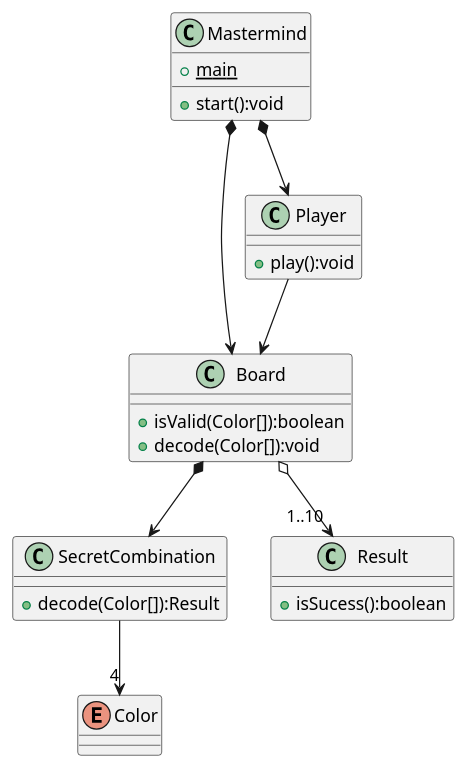
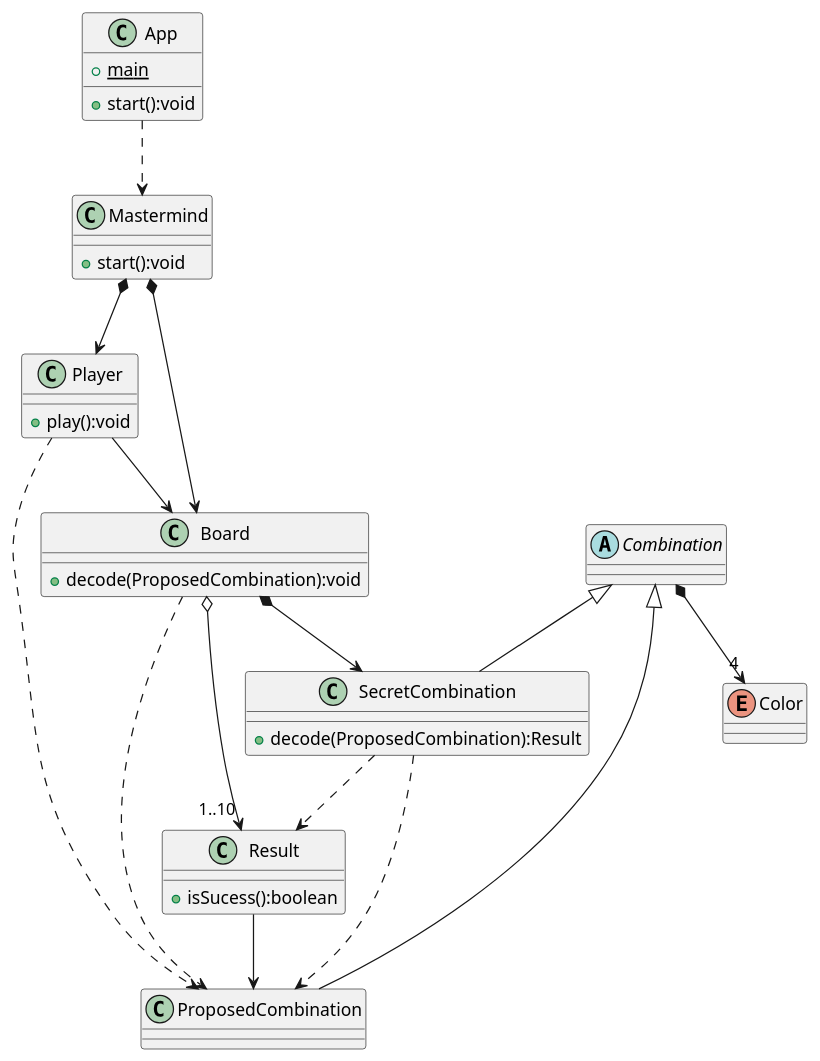
One commit to ioni5/mastermind changed the diagram in docs/mastermind.puml. Above: the diagram before and after it, drawn with PlantUML. The commit also changed 1 other file, not shown here.

```diff
--- a/docs/mastermind.puml
+++ b/docs/mastermind.puml
@@ -1,36 +1,52 @@
 @startuml mastermind
+
+class App {
+    + start():void
+    + {static} main
+}
+
+App ..> Mastermind
 
 class Mastermind {
     + start():void
-    + {static} main
 }
 
 Mastermind *--> Board
 Mastermind *--> Player
 
 class Player {
     + play():void
 }
 
 class Board {
-    + isValid(Color[]):boolean
-    + decode(Color[]):void
+    + decode(ProposedCombination):void
 }
 
 Player --> Board
+Player ..> ProposedCombination
 
 Board *--> SecretCombination
 Board o--> "1..10" Result
+Board ..> ProposedCombination
+
+abstract class Combination {}
+Combination <|-- ProposedCombination
+Combination <|-- SecretCombination
+
 
 class SecretCombination {
-    + decode(Color[]):Result
+    + decode(ProposedCombination):Result
 }
-SecretCombination --> "4" Color
+Combination *--> "4" Color
+
+SecretCombination ..> ProposedCombination
+SecretCombination ..> Result
 
 class Result {
     + isSucess():boolean
 }
+Result --> ProposedCombination
 
 enum Color {}
 
 @enduml
```
